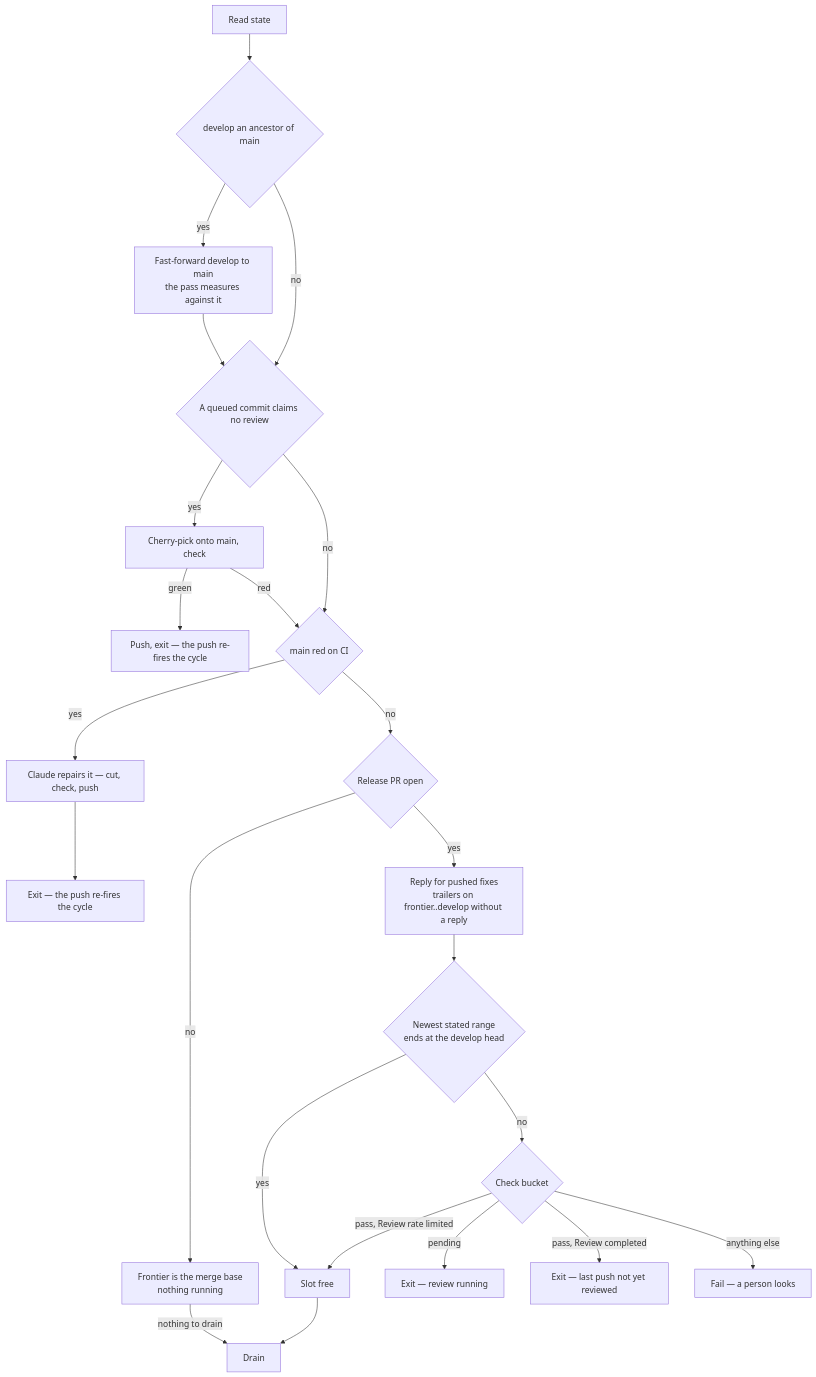
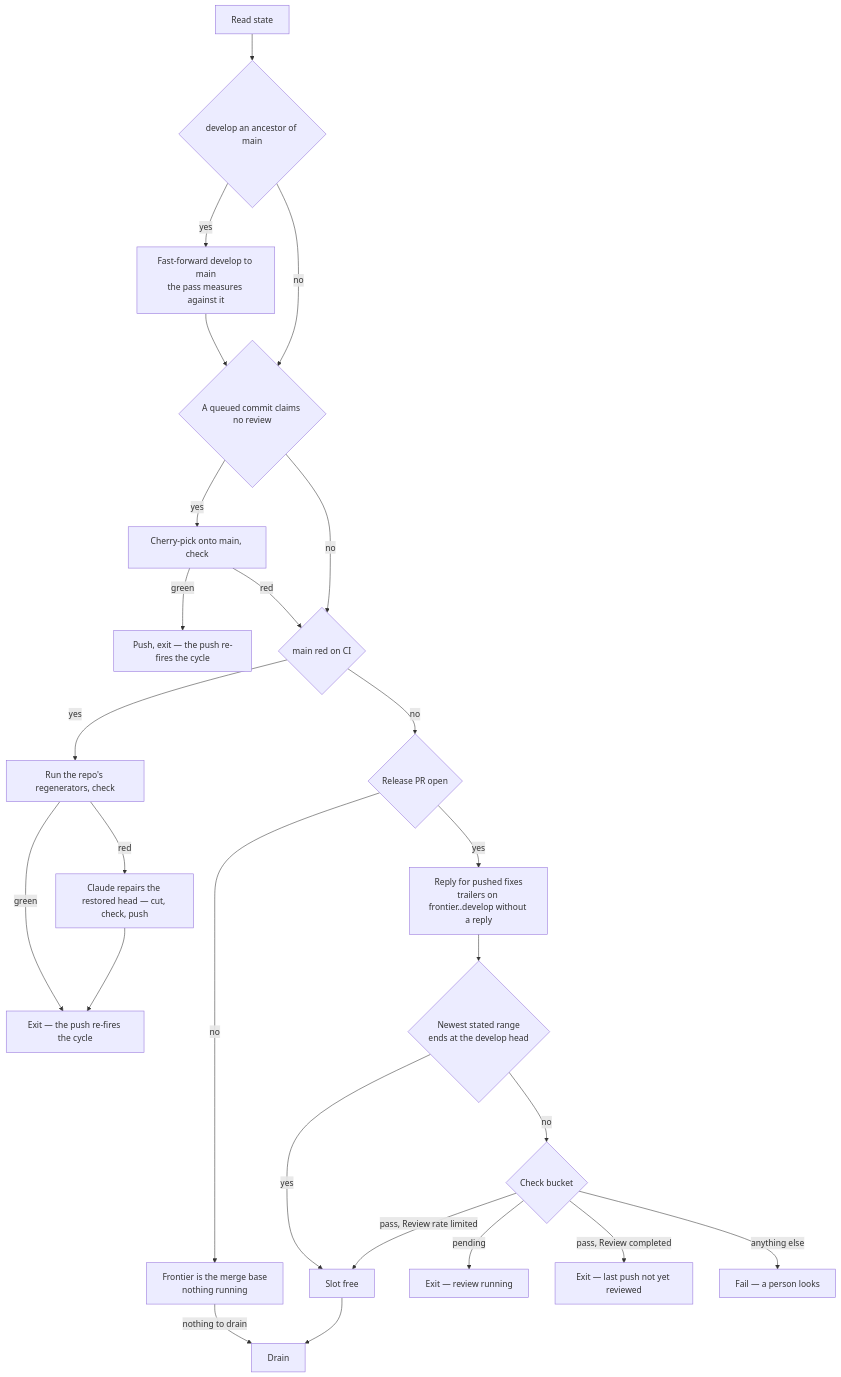
The first of 4 diagrams in apps/web/content/docs/infra/review-collector/collection-cycle.md (Esposter/Esposter), drawn with Mermaid before and after one commit. The commit also changed other lines of this file and 2 other files, not shown here.

First line of the commit message:
docs(collector): carry the regenerating repair into the flows that describe it

````diff
--- a/apps/web/content/docs/infra/review-collector/collection-cycle.md
+++ b/apps/web/content/docs/infra/review-collector/collection-cycle.md
@@ -40,22 +40,24 @@
 ```mermaid
 flowchart TD
   S[Read state] --> RS{develop an ancestor of main}
   RS -->|yes| FF[Fast-forward develop to main<br/>the pass measures against it] --> EL
   RS -->|no| EL{A queued commit claims no review}
   EL -->|yes| CP[Cherry-pick onto main, check]
   CP -->|green| X3[Push, exit — the push re-fires the cycle]
   CP -->|red| MR
   EL -->|no| MR{main red on CI}
-  MR -->|yes| RP[Claude repairs it — cut, check, push] --> X6[Exit — the push re-fires the cycle]
+  MR -->|yes| RG[Run the repo's regenerators, check]
+  RG -->|green| X6[Exit — the push re-fires the cycle]
+  RG -->|red| RP[Claude repairs the restored head — cut, check, push] --> X6
   MR -->|no| PR{Release PR open}
   PR -->|no| MB[Frontier is the merge base<br/>nothing running] -->|nothing to drain| D
   PR -->|yes| RE[Reply for pushed fixes<br/>trailers on frontier..develop without a reply]
   RE --> B{Newest stated range<br/>ends at the develop head}
   B -->|yes| OK[Slot free]
   B -->|no| ST{Check bucket}
   ST -->|pending| X1[Exit — review running]
   ST -->|pass, Review completed| X2[Exit — last push not yet reviewed]
   ST -->|pass, Review rate limited| OK
   ST -->|anything else| X4[Fail — a person looks]
   OK --> D[Drain]
 ```
````
